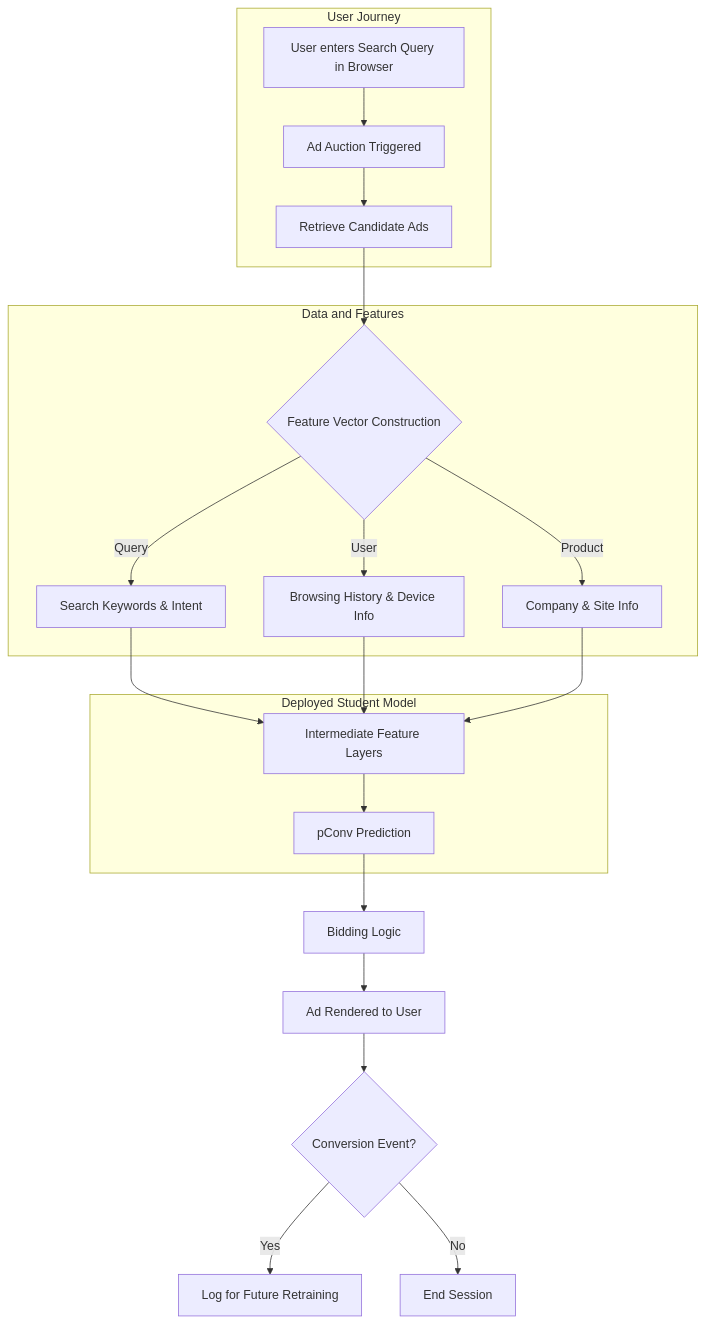
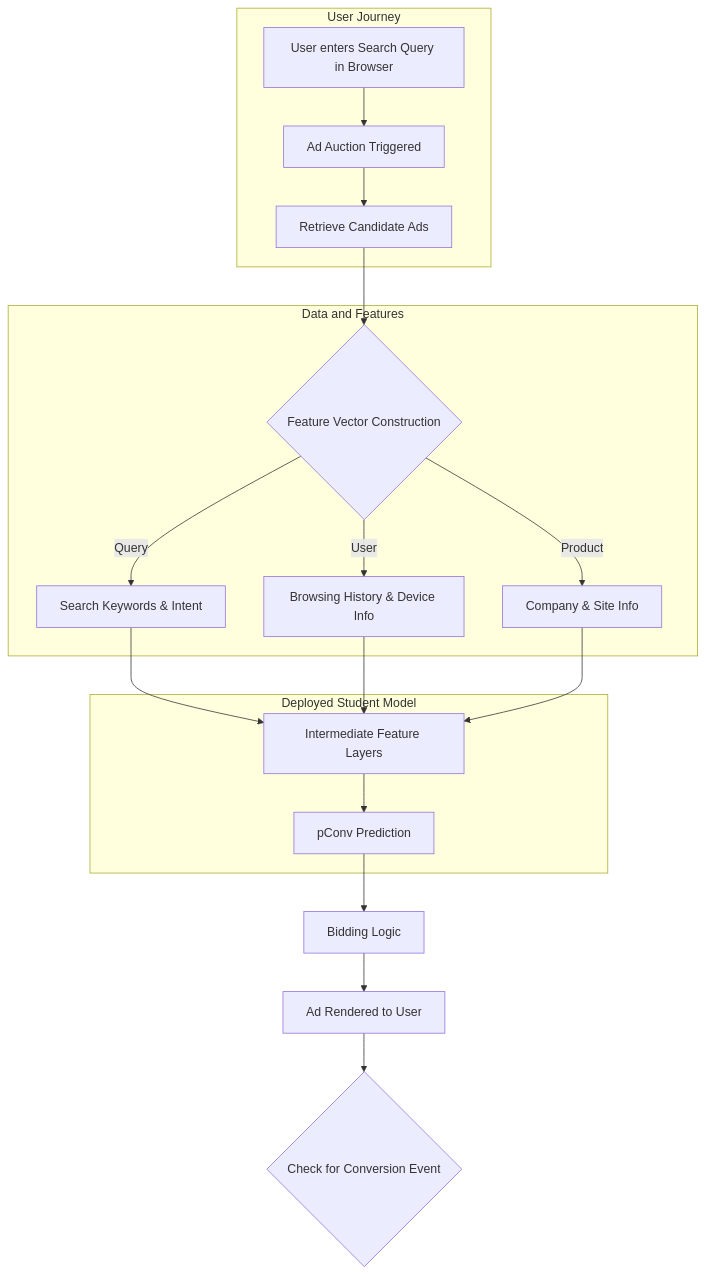
Before and after one commit to COMS-E6998-final-project/COMS-E6998-final-project: the second of 2 diagrams in README.md, drawn with Mermaid.

Commit message:
Update conversions in diagram

````diff
--- a/README.md
+++ b/README.md
@@ -153,31 +153,29 @@
 ```mermaid
 graph TD
     %% User Actions
     subgraph User_Environment [User Journey]
         A[User enters Search Query in Browser] --> B[Ad Auction Triggered]
         B --> C[Retrieve Candidate Ads]
     end
 
     %% Features Input
     subgraph Feature_Extraction [Data and Features]
         C --> D{Feature Vector Construction}
         D -->|Query| E[Search Keywords & Intent]
         D -->|User| F[Browsing History & Device Info]
         D -->|Product| G[Company & Site Info]
     end
 
     %% Standalone Student Model
     subgraph Production_Inference [Deployed Student Model]
         E & F & G --> H[Intermediate Feature Layers]
         H --> I[pConv Prediction]
     end
 
     %% Output & Decision
     I --> J[Bidding Logic]
     %% Final Outcome
     J --> L[Ad Rendered to User]
-    L --> M{Conversion Event?}
-    M -->|Yes| N[Log for Future Retraining]
-    M -->|No| O[End Session]
+    L --> M{Check for Conversion Event}
 
 ```
````
